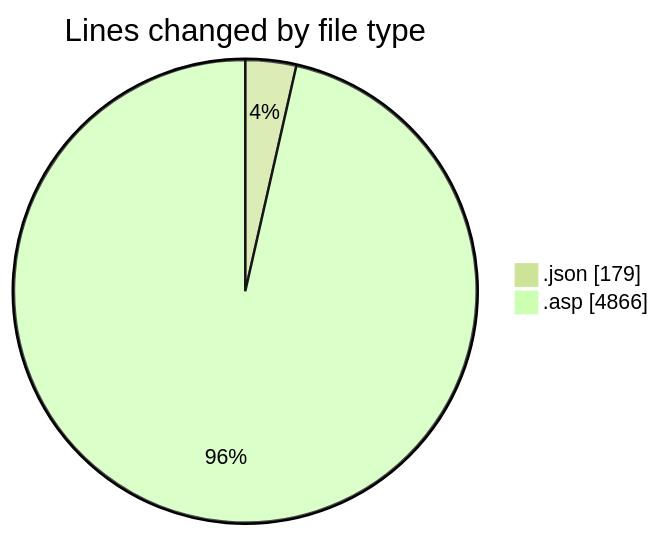
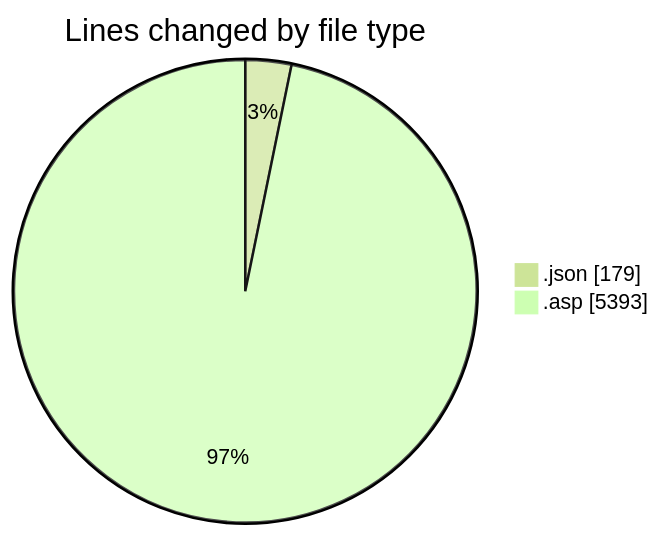
One commit to julien-gomy/code-tracking changed the first of 2 diagrams in 2025-11-17/cdp_aleoudev_fr__workspace_/README.md. Above: the diagram before and after it, drawn with Mermaid (forest theme). The commit also changed other lines of this file and 1 other file, not shown here.

````diff
--- a/2025-11-17/cdp_aleoudev_fr__workspace_/README.md
+++ b/2025-11-17/cdp_aleoudev_fr__workspace_/README.md
@@ -25,6 +26,6 @@
 ```mermaid
 pie showData
 title Lines changed by file type
 ".json" : 179
-".asp" : 4866
+".asp" : 5393
 ```
````
